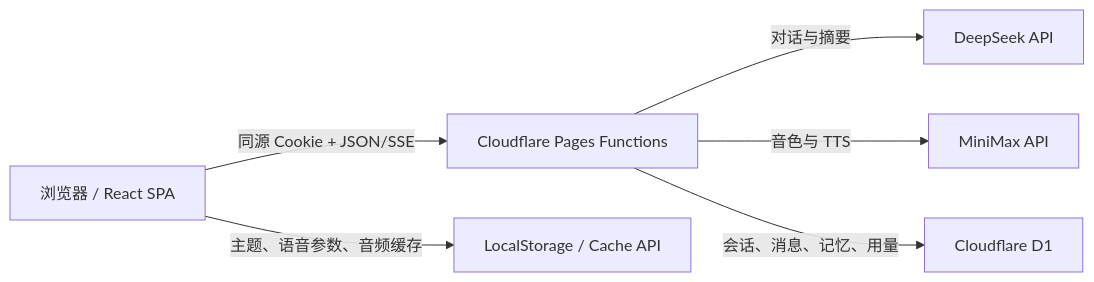
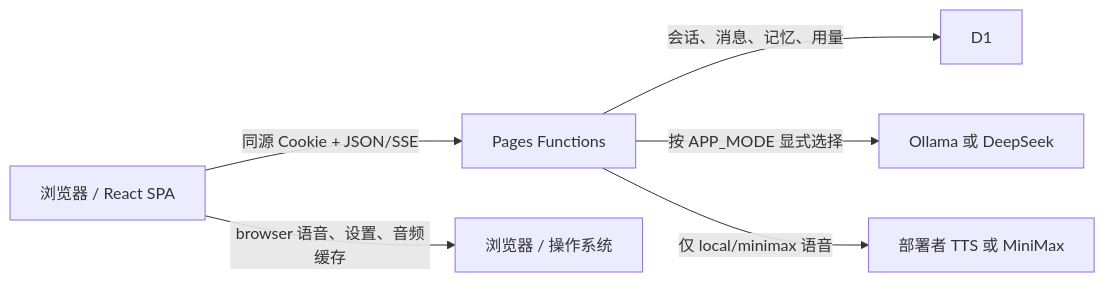
Before and after one commit to Xiaotian69/luna-ai-companion: the diagram in docs/Luna-对接文档.md, drawn with Mermaid. The commit also changed other lines of this file and 5 other files, not shown here.

````diff
--- a/docs/Luna-对接文档.md
+++ b/docs/Luna-对接文档.md
@@ -93,8 +19,8 @@
 ```mermaid
 flowchart LR
-    B["浏览器 / React SPA"] -->|"同源 Cookie + JSON/SSE"| F["Cloudflare Pages Functions"]
-    F -->|"对话与摘要"| D["DeepSeek API"]
-    F -->|"音色与 TTS"| M["MiniMax API"]
-    F -->|"会话、消息、记忆、用量"| DB["Cloudflare D1"]
-    B -->|"主题、语音参数、音频缓存"| LS["LocalStorage / Cache API"]
+    B["浏览器 / React SPA"] -->|"同源 Cookie + JSON/SSE"| F["Pages Functions"]
+    F -->|"会话、消息、记忆、用量"| DB["D1"]
+    F -->|"按 APP_MODE 显式选择"| C["Ollama 或 DeepSeek"]
+    F -->|"仅 local/minimax 语音"| T["部署者 TTS 或 MiniMax"]
+    B -->|"browser 语音、设置、音频缓存"| L["浏览器 / 操作系统"]
 ```
````
